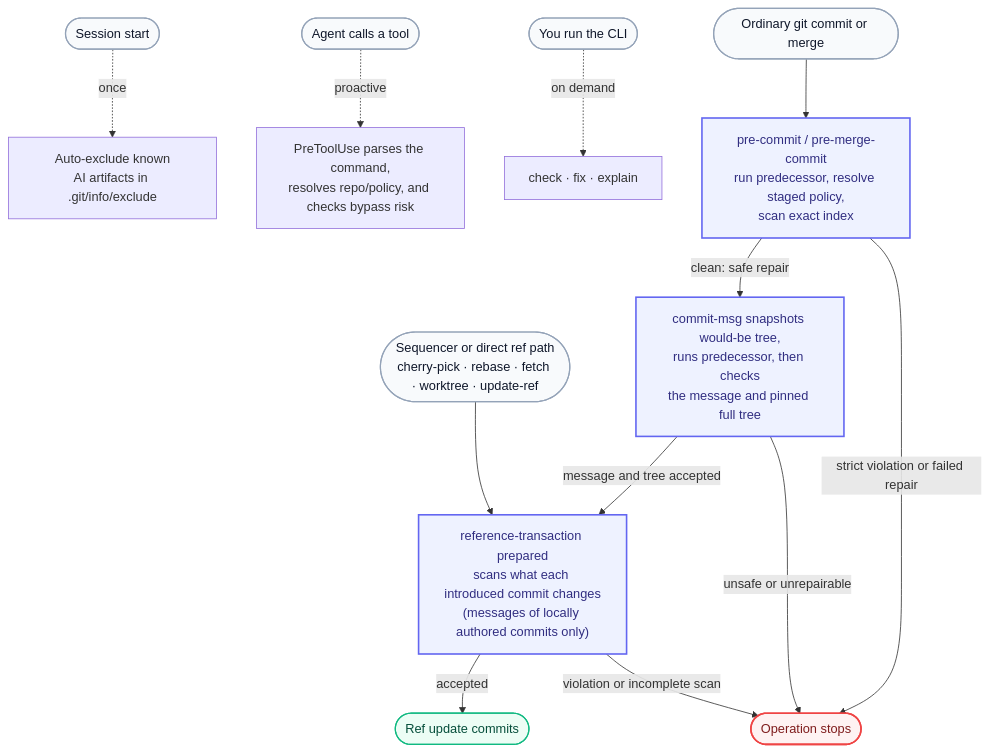
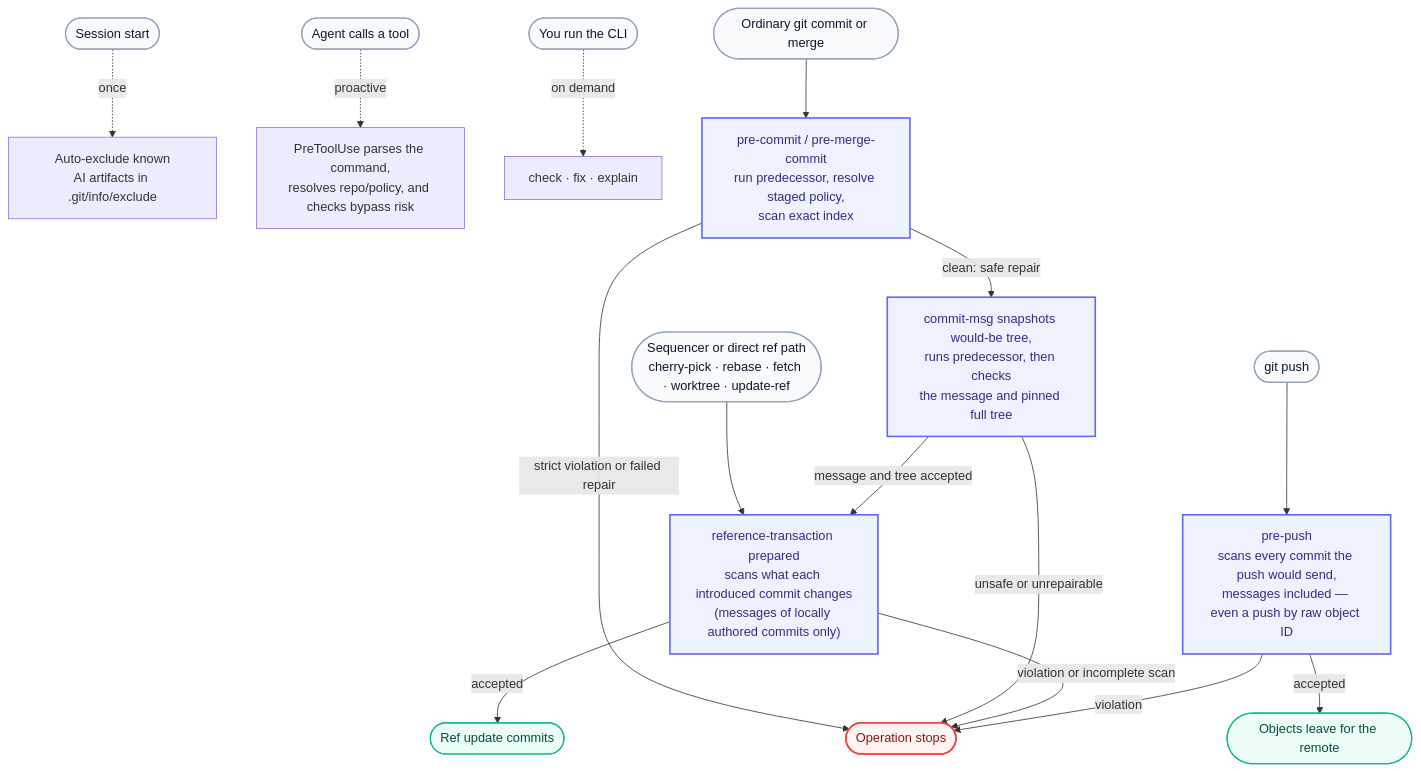
One commit to rmyndharis/aimhooman changed the diagram in README.md. Above: the diagram before and after it, drawn with Mermaid. The commit also changed other lines of this file and 13 other files, not shown here.

First line of the commit message:
fix: close the raw-oid push bypass and ease guard friction

````diff
--- a/README.md
+++ b/README.md
@@ -46,25 +48,28 @@
 ```mermaid
 flowchart TD
     SESS([Session start]) -. once .-> EXCL["Auto-exclude known<br/>AI artifacts in .git/info/exclude"]
     AGENT([Agent calls a tool]) -. proactive .-> ADV["PreToolUse parses the command,<br/>resolves repo/policy, and checks bypass risk"]
     RUN([You run the CLI]) -. on demand .-> CLI["check · fix · explain"]
 
     COMMIT([Ordinary git commit or merge]) --> PRE["pre-commit / pre-merge-commit<br/>run predecessor, resolve staged policy,<br/>scan exact index"]
     DIRECT([Sequencer or direct ref path<br/>cherry-pick · rebase · fetch · worktree · update-ref]) --> REF
     PRE -->|clean: safe repair| MSG["commit-msg snapshots would-be tree,<br/>runs predecessor, then checks<br/>the message and pinned full tree"]
     PRE -->|strict violation or failed repair| BLOCK([Operation stops])
     MSG -->|message and tree accepted| REF["reference-transaction prepared<br/>scans what each introduced commit changes<br/>(messages of locally authored commits only)"]
     MSG -->|unsafe or unrepairable| BLOCK
     REF -->|accepted| SHIP([Ref update commits])
     REF -->|violation or incomplete scan| BLOCK
+    PUSH([git push]) --> PREPUSH["pre-push<br/>scans every commit the push would send,<br/>messages included — even a push by raw object ID"]
+    PREPUSH -->|accepted| SENT([Objects leave for the remote])
+    PREPUSH -->|violation| BLOCK
 
     classDef entry fill:#f8fafc,stroke:#94a3b8,color:#0f172a,stroke-width:1.5px
     classDef hook fill:#eef2ff,stroke:#6366f1,color:#312e81,stroke-width:2px
     classDef ok fill:#ecfdf5,stroke:#10b981,color:#064e3b,stroke-width:1.5px
     classDef stop fill:#fef2f2,stroke:#ef4444,color:#7f1d1d,stroke-width:2px
 
-    class SESS,AGENT,RUN,COMMIT,DIRECT entry
-    class PRE,MSG,REF hook
-    class SHIP ok
+    class SESS,AGENT,RUN,COMMIT,DIRECT,PUSH entry
+    class PRE,MSG,REF,PREPUSH hook
+    class SHIP,SENT ok
     class BLOCK stop
 ```
````
